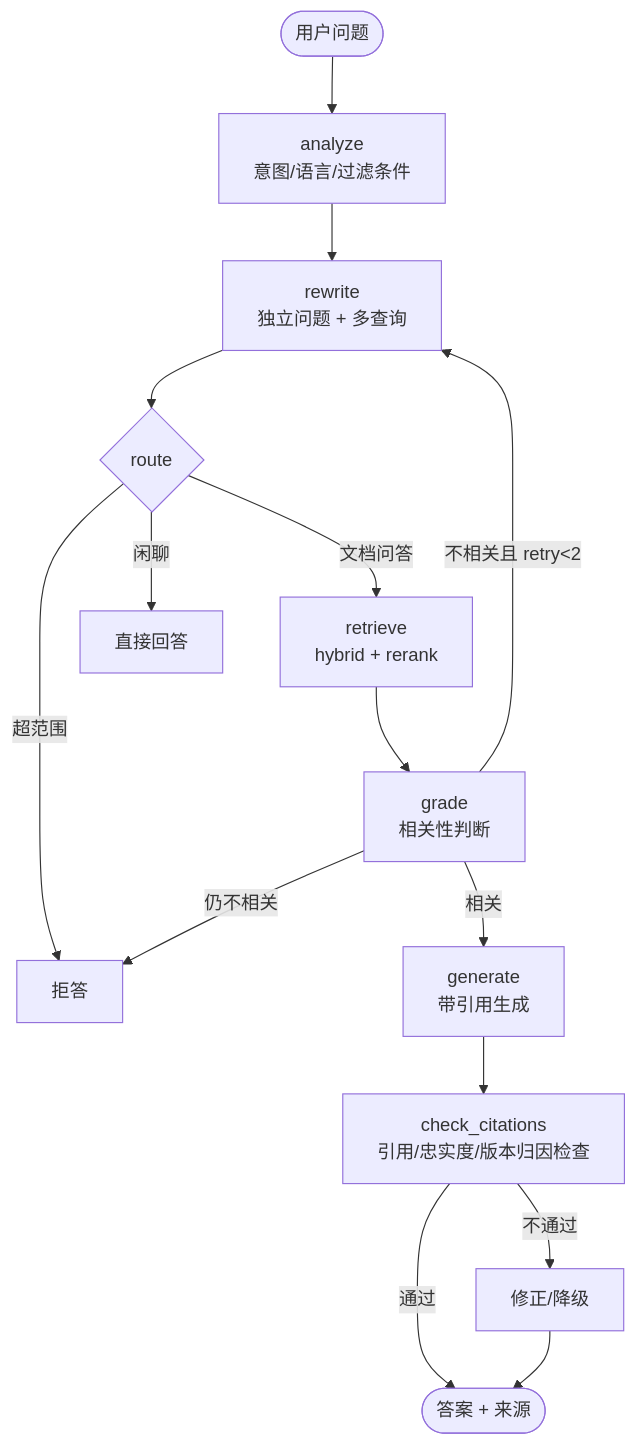
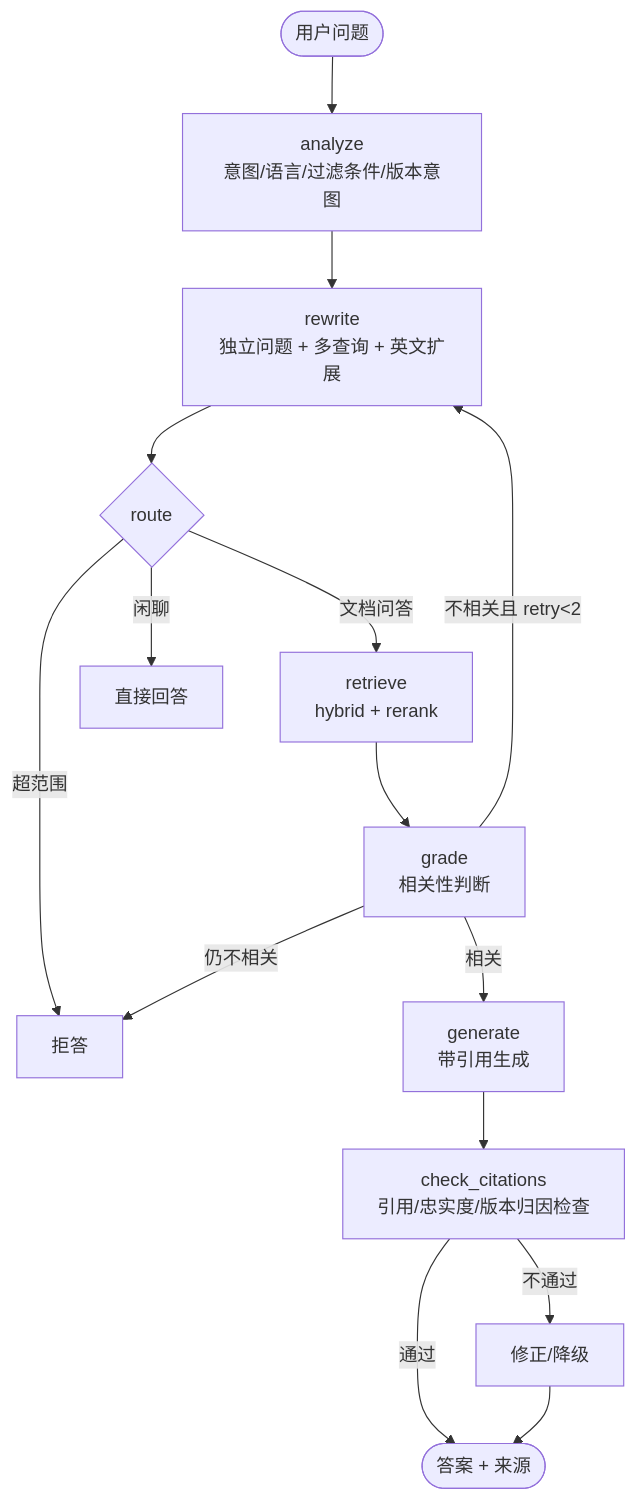
The third of 3 diagrams in docs/PROJECT_DESIGN.md (u7465990/fastapi-docs-rag), drawn with Mermaid before and after one commit. The commit also changed other lines of this file and 3 other files, not shown here.

````diff
--- a/docs/PROJECT_DESIGN.md
+++ b/docs/PROJECT_DESIGN.md
@@ -546,17 +682,17 @@
 ```mermaid
 flowchart TD
-    S([用户问题]) --> A[analyze<br/>意图/语言/过滤条件]
-    A --> RW[rewrite<br/>独立问题 + 多查询]
+    S([用户问题]) --> A[analyze<br/>意图/语言/过滤条件/版本意图]
+    A --> RW[rewrite<br/>独立问题 + 多查询 + 英文扩展]
     RW --> RT{route}
     RT -->|文档问答| RET[retrieve<br/>hybrid + rerank]
     RT -->|闲聊| CHAT[直接回答]
     RT -->|超范围| REFUSE[拒答]
     RET --> GR[grade<br/>相关性判断]
     GR -->|相关| GEN[generate<br/>带引用生成]
     GR -->|不相关且 retry<2| RW
     GR -->|仍不相关| REFUSE
     GEN --> CC[check_citations<br/>引用/忠实度/版本归因检查]
     CC -->|通过| OUT([答案 + 来源])
     CC -->|不通过| FIX[修正/降级]
     FIX --> OUT
 ```
````
